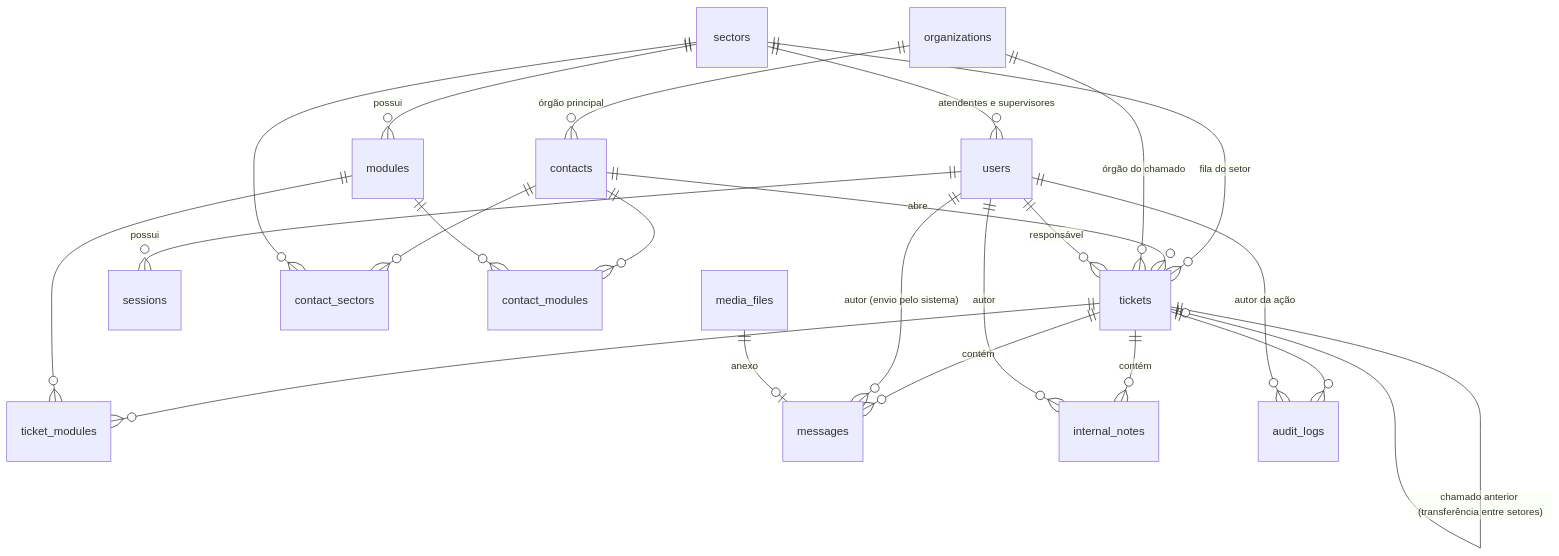
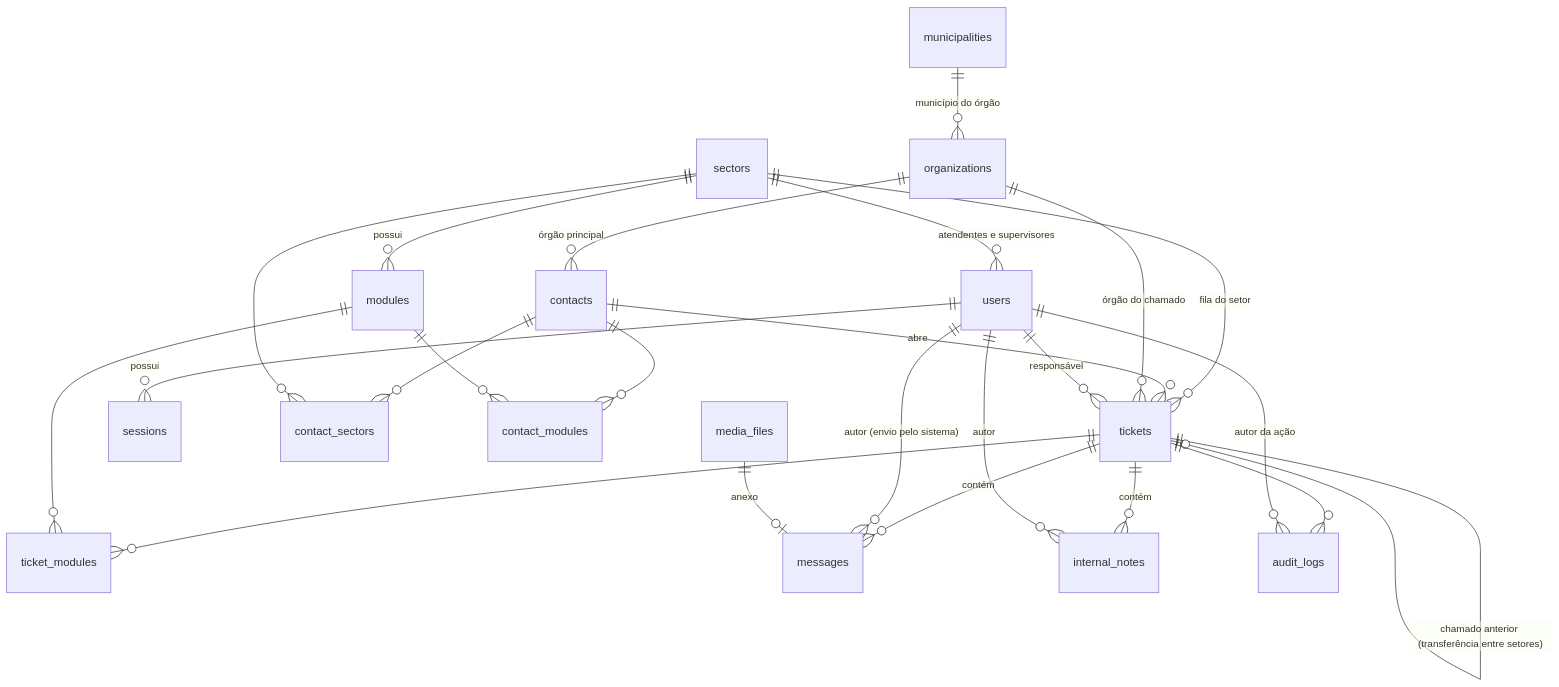
One commit to gcaspp-labs/xet changed the first of 2 diagrams in modelo-dados.md. Above: the diagram before and after it, drawn with Mermaid. The commit also changed other lines of this file and 2 other files, not shown here.

````diff
--- a/modelo-dados.md
+++ b/modelo-dados.md
@@ -24,25 +24,26 @@
 ```mermaid
 erDiagram
     sectors ||--o{ users : "atendentes e supervisores"
     sectors ||--o{ modules : possui
     sectors ||--o{ tickets : "fila do setor"
     users ||--o{ sessions : possui
+    municipalities ||--o{ organizations : "município do órgão"
     organizations ||--o{ contacts : "órgão principal"
     contacts ||--o{ tickets : abre
     contacts ||--o{ contact_sectors : ""
     sectors ||--o{ contact_sectors : ""
     contacts ||--o{ contact_modules : ""
     modules ||--o{ contact_modules : ""
     organizations ||--o{ tickets : "órgão do chamado"
     users ||--o{ tickets : "responsável"
     tickets ||--o| tickets : "chamado anterior (transferência entre setores)"
     tickets ||--o{ ticket_modules : ""
     modules ||--o{ ticket_modules : ""
     tickets ||--o{ messages : contém
     users ||--o{ messages : "autor (envio pelo sistema)"
     media_files ||--o| messages : anexo
     tickets ||--o{ internal_notes : contém
     users ||--o{ internal_notes : autor
     tickets ||--o{ audit_logs : ""
     users ||--o{ audit_logs : "autor da ação"
 ```
````
